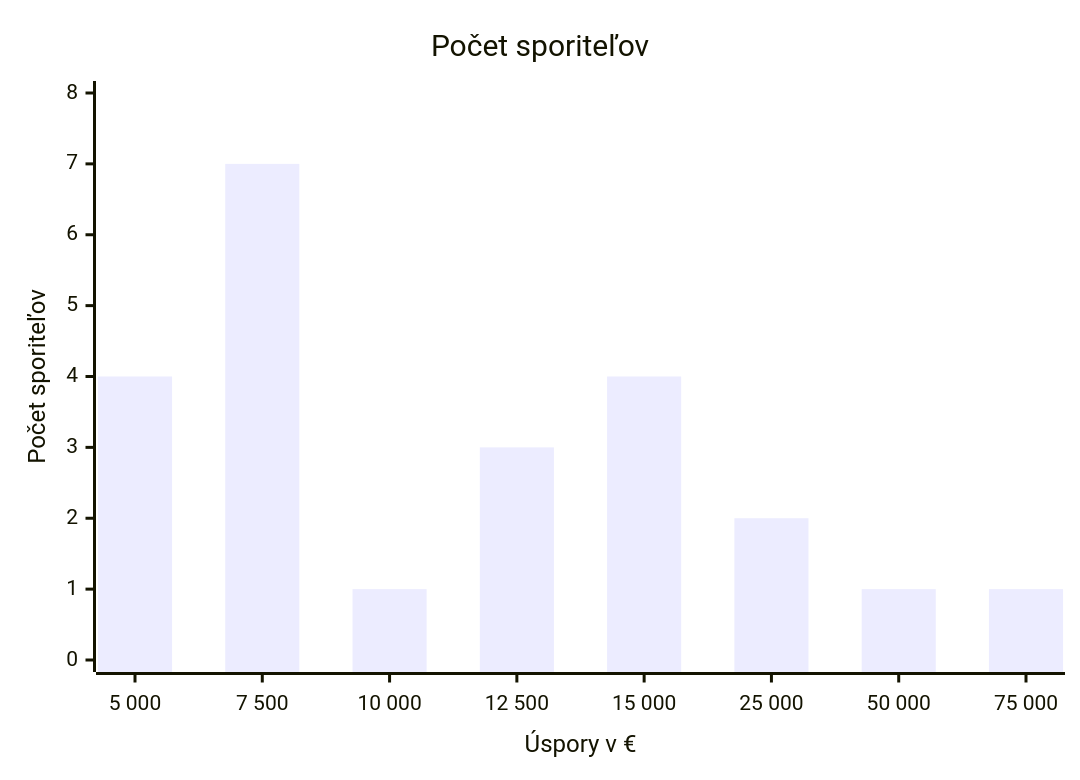
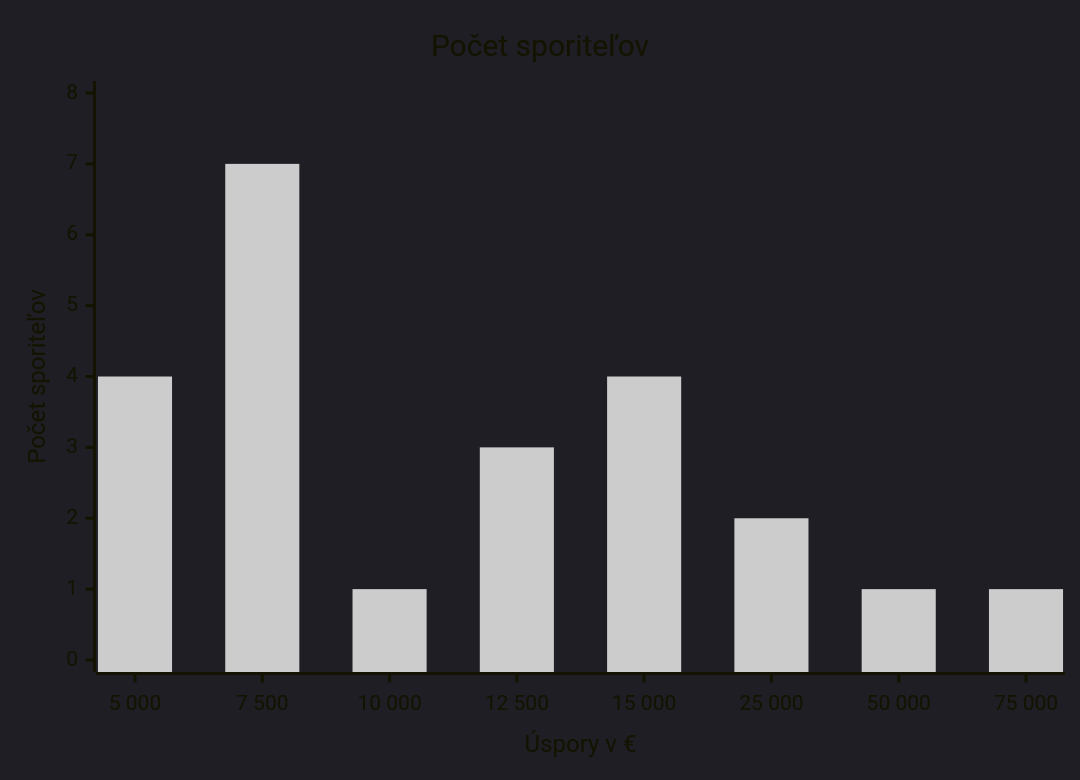
One commit to vyrvamarek/maturita-mat changed the diagram in zadania/zadania.md. Above: the diagram before and after it, drawn with Mermaid. The commit also changed other lines of this file, not shown here.

````diff
--- a/zadania/zadania.md
+++ b/zadania/zadania.md
@@ -219,7 +236,8 @@
 ```mermaid
+%%{init: { 'theme': 'dark', 'themeVariables': { 'background': 'transparent', 'xyChart': {'backgroundColor': 'transparent', 'plotColorPalette': '#00000'} } }}%%
 xychart-beta
     title "Počet sporiteľov"
     x-axis "Úspory v €" ["5 000", "7 500", "10 000", "12 500", "15 000", "25 000", "50 000", "75 000"]
     y-axis "Počet sporiteľov" 0 --> 8
     bar [4, 7, 1, 3, 4, 2, 1, 1]
 ```
````
